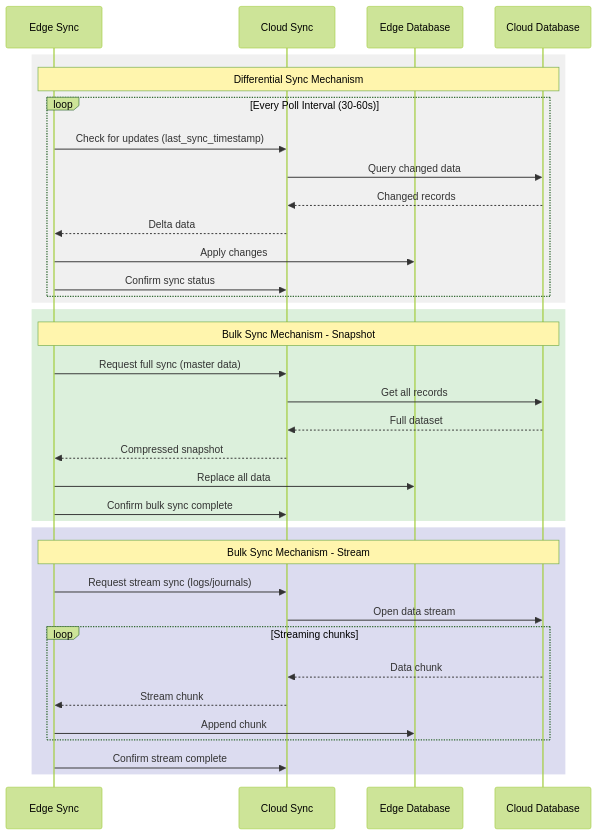
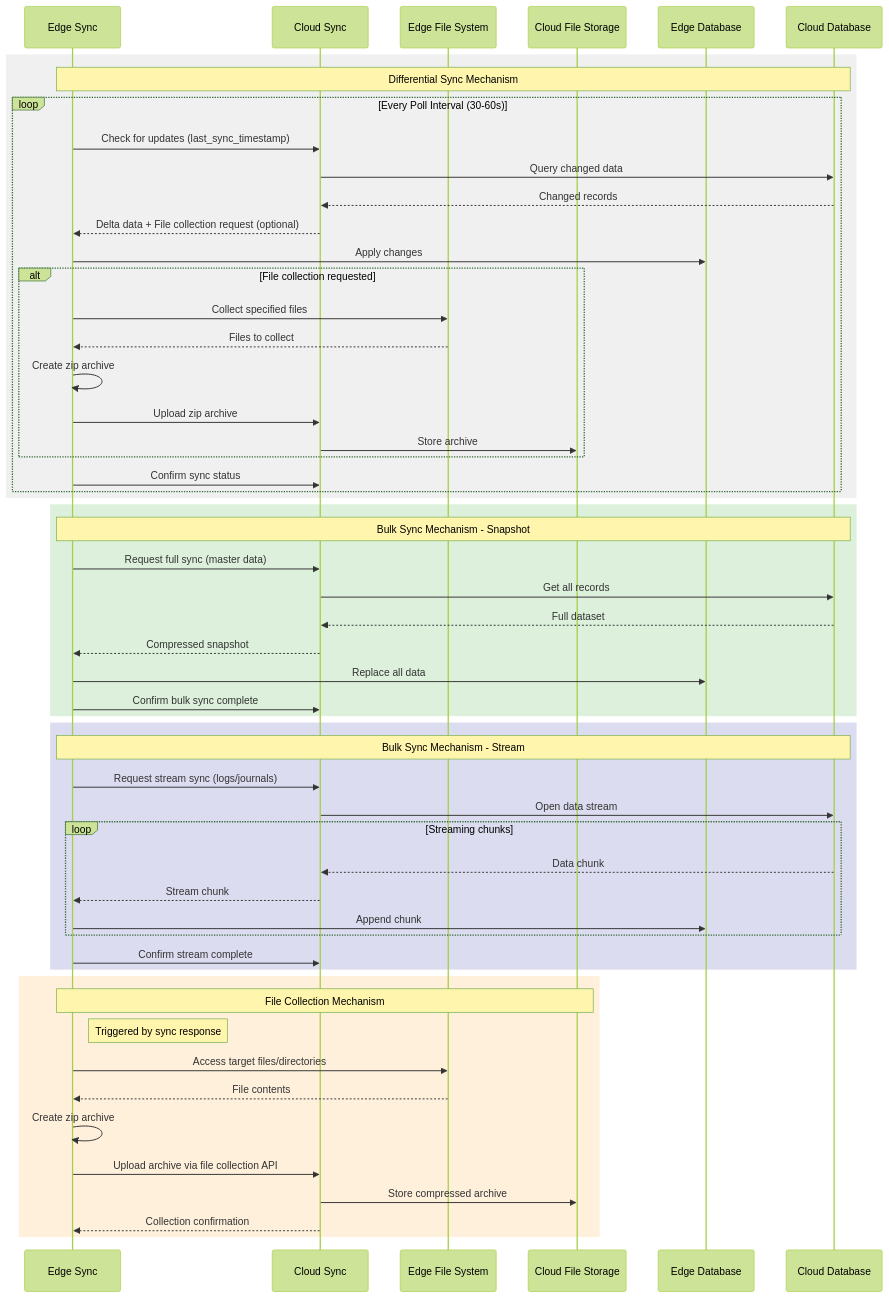
Before and after one commit to gaocuiping/kugelpos-stpos-docs-new: the diagram in notes/1-sync/architecture/3-sync-mechanisms.md, drawn with Mermaid (forest theme). The commit also changed other lines of this file and 11 other files, not shown here.

First line of the commit message:
Update sync service architecture and design documents

````diff
--- a/notes/1-sync/architecture/3-sync-mechanisms.md
+++ b/notes/1-sync/architecture/3-sync-mechanisms.md
@@ -52,41 +80,63 @@
 ```mermaid
 sequenceDiagram
     participant ES as Edge Sync
     participant CS as Cloud Sync
+    participant EFS as Edge File System
+    participant CFS as Cloud File Storage
     participant ED as Edge Database
     participant CD as Cloud Database
     
     rect rgb(240, 240, 240)
         Note over ES,CD: Differential Sync Mechanism
         loop Every Poll Interval (30-60s)
             ES->>CS: Check for updates (last_sync_timestamp)
             CS->>CD: Query changed data
             CD-->>CS: Changed records
-            CS-->>ES: Delta data
+            CS-->>ES: Delta data + File collection request (optional)
             ES->>ED: Apply changes
+            
+            alt File collection requested
+                ES->>EFS: Collect specified files
+                EFS-->>ES: Files to collect
+                ES->>ES: Create zip archive
+                ES->>CS: Upload zip archive
+                CS->>CFS: Store archive
+            end
+            
             ES->>CS: Confirm sync status
         end
     end
     
     rect rgb(220, 240, 220)
         Note over ES,CD: Bulk Sync Mechanism - Snapshot
         ES->>CS: Request full sync (master data)
         CS->>CD: Get all records
         CD-->>CS: Full dataset
         CS-->>ES: Compressed snapshot
         ES->>ED: Replace all data
         ES->>CS: Confirm bulk sync complete
     end
     
     rect rgb(220, 220, 240)
         Note over ES,CD: Bulk Sync Mechanism - Stream
         ES->>CS: Request stream sync (logs/journals)
         CS->>CD: Open data stream
         loop Streaming chunks
             CD-->>CS: Data chunk
             CS-->>ES: Stream chunk
             ES->>ED: Append chunk
         end
         ES->>CS: Confirm stream complete
     end
+    
+    rect rgb(255, 240, 220)
+        Note over ES,CFS: File Collection Mechanism
+        Note right of ES: Triggered by sync response
+        ES->>EFS: Access target files/directories
+        EFS-->>ES: File contents
+        ES->>ES: Create zip archive
+        ES->>CS: Upload archive via file collection API
+        CS->>CFS: Store compressed archive
+        CS-->>ES: Collection confirmation
+    end
 ```
````
